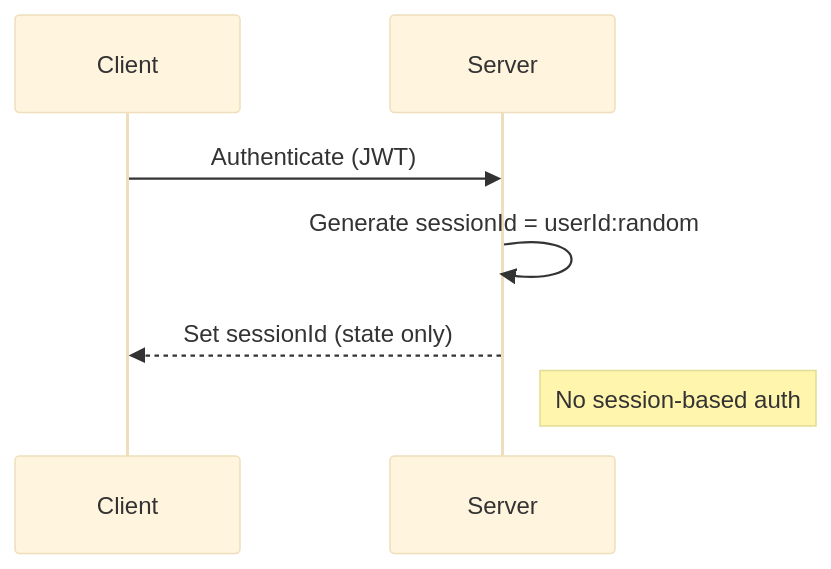
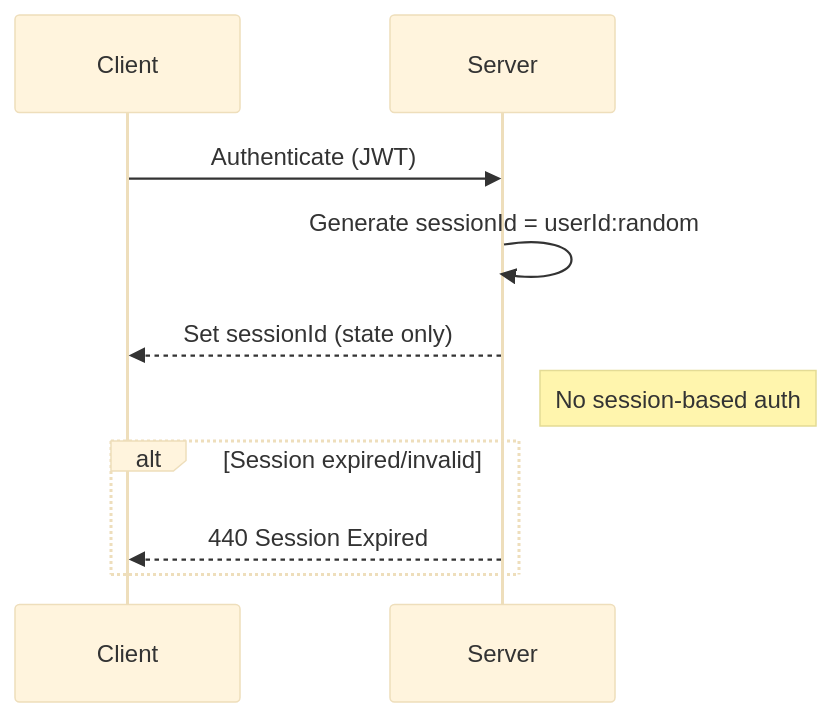
One commit to markbsigler/CodePipeline-MCP changed the sixth of 10 diagrams in README.md. Above: the diagram before and after it, drawn with Mermaid (base theme). The commit also changed other lines of this file, not shown here.

First line of the commit message:
docs(diagrams): update and expand all Mermaid diagrams for authentication, tool mapping, protocol, error handling, observability, and security flows

````diff
--- a/README.md
+++ b/README.md
@@ -324,9 +344,12 @@
 ```mermaid
 sequenceDiagram
     participant Client
     participant Server
     Client->>Server: Authenticate (JWT)
     Server->>Server: Generate sessionId = userId:random
     Server-->>Client: Set sessionId (state only)
     Note right of Server: No session-based auth
+    alt Session expired/invalid
+        Server-->>Client: 440 Session Expired
+    end
 ```
````
